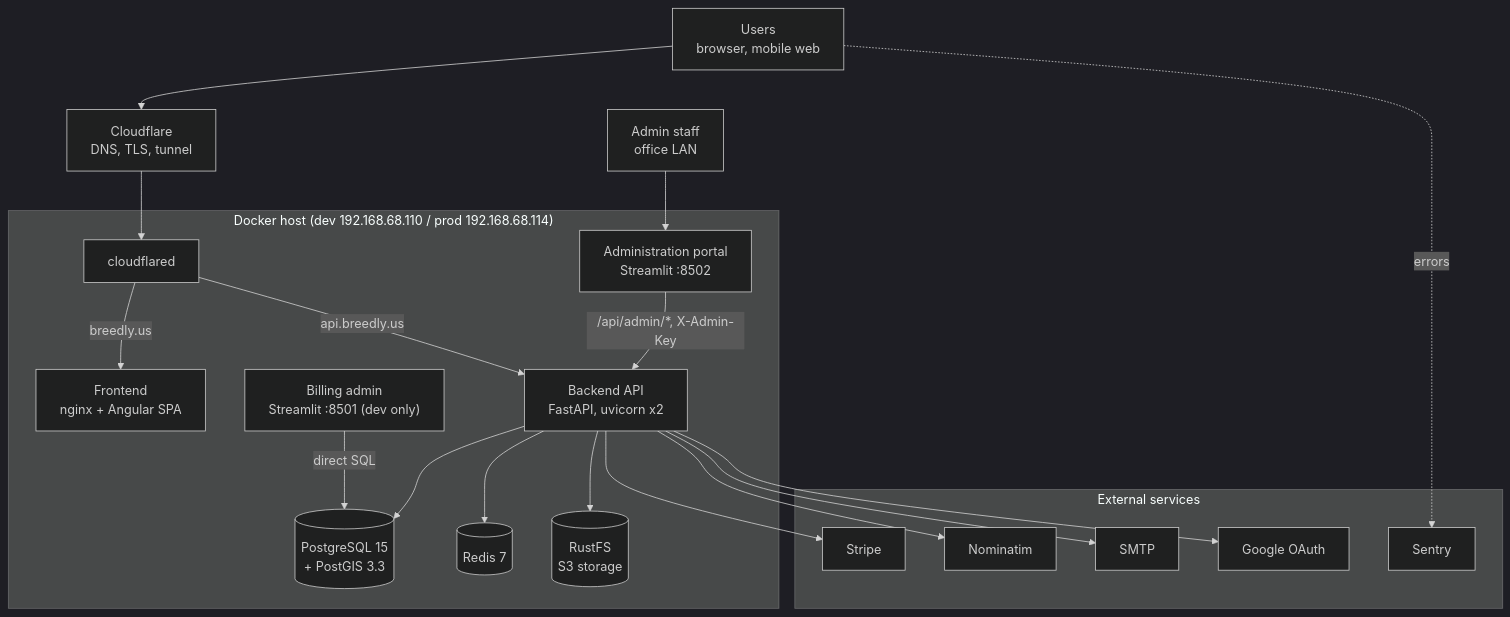
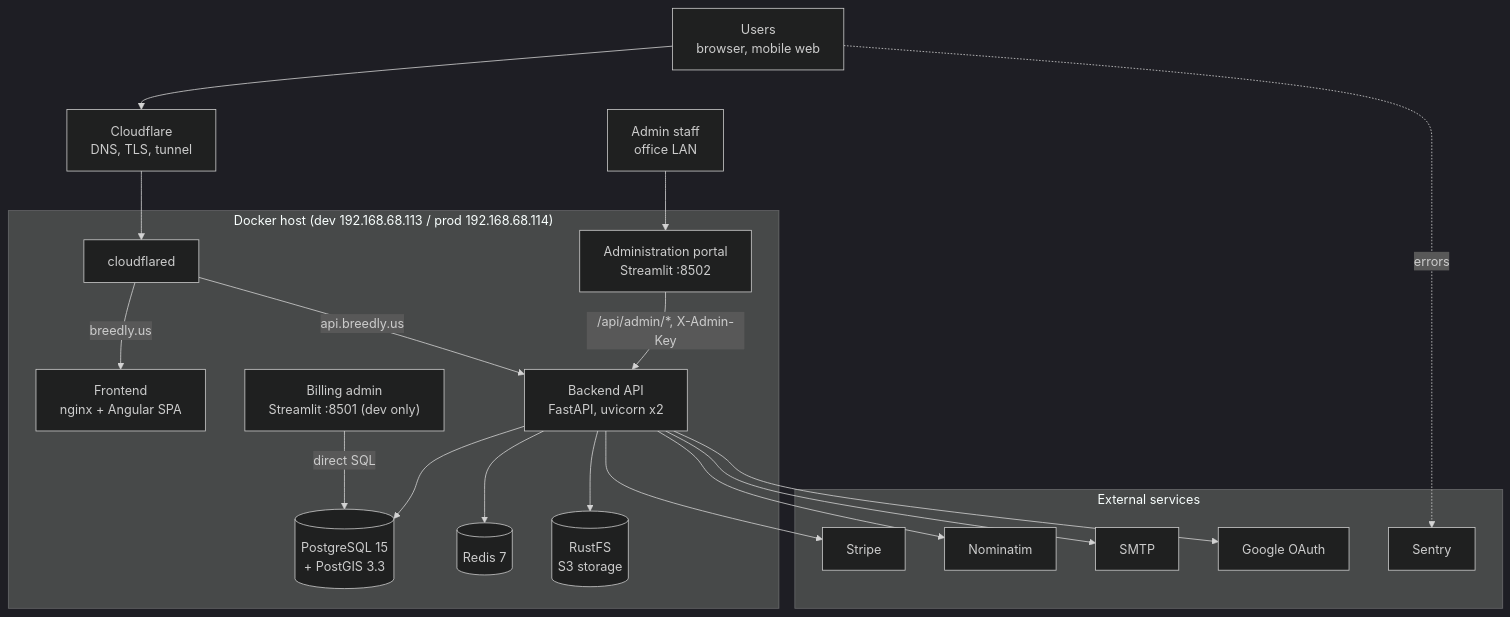
One commit to denisvolokhhome/pets.backend.dev changed the first of 10 diagrams in docs/SRS.md. Above: the diagram before and after it, drawn with Mermaid (dark theme). The commit also changed other lines of this file, not shown here.

First line of the commit message:
docs(srs): dev host is 192.168.68.113; host specs and capacity notes

````diff
--- a/docs/SRS.md
+++ b/docs/SRS.md
@@ -47,39 +47,39 @@
 ```mermaid
 flowchart TB
     users["Users<br/>browser, mobile web"]
     staff["Admin staff<br/>office LAN"]
     cf["Cloudflare<br/>DNS, TLS, tunnel"]
 
-    subgraph host["Docker host (dev 192.168.68.110 / prod 192.168.68.114)"]
+    subgraph host["Docker host (dev 192.168.68.113 / prod 192.168.68.114)"]
         cfd["cloudflared"]
         fe["Frontend<br/>nginx + Angular SPA"]
         be["Backend API<br/>FastAPI, uvicorn x2"]
         adm["Administration portal<br/>Streamlit :8502"]
         bad["Billing admin<br/>Streamlit :8501 (dev only)"]
         pg[("PostgreSQL 15<br/>+ PostGIS 3.3")]
         rd[("Redis 7")]
         s3[("RustFS<br/>S3 storage")]
     end
 
     subgraph ext["External services"]
         stripe["Stripe"]
         nom["Nominatim"]
         smtp["SMTP"]
         google["Google OAuth"]
         sentry["Sentry"]
     end
 
     users --> cf --> cfd
     cfd -->|breedly.us| fe
     cfd -->|api.breedly.us| be
     staff --> adm -->|"/api/admin/*, X-Admin-Key"| be
     bad -->|direct SQL| pg
     be --> pg
     be --> rd
     be --> s3
     be --> stripe
     be --> nom
     be --> smtp
     be --> google
     users -.->|errors| sentry
 ```
````
